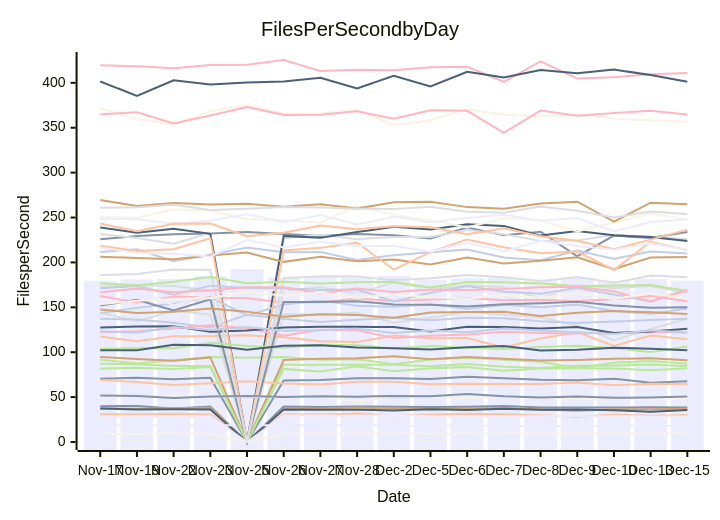
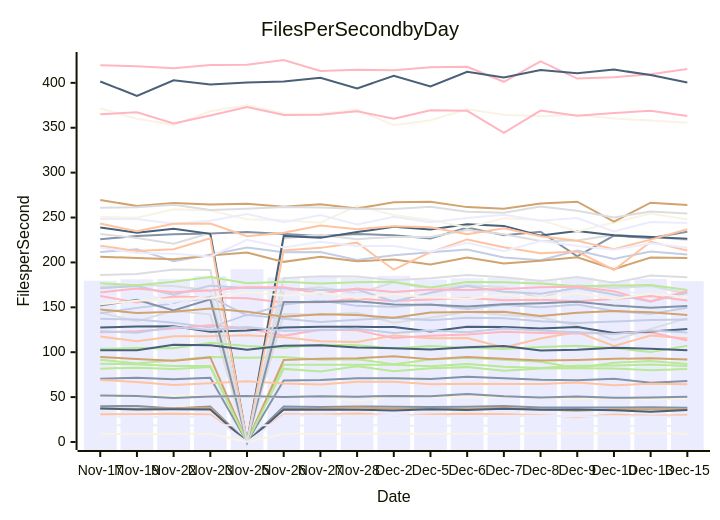
One commit to streetsidesoftware/cspell changed the diagram in perf-report.md. Above: the diagram before and after it, drawn with Mermaid. The commit also changed other lines of this file and 1 other file, not shown here.

````diff
--- a/perf-report.md
+++ b/perf-report.md
@@ -10,57 +10,57 @@
 ```mermaid
 xychart-beta
     title Files Per Second by Day
     y-axis Files per Second
     x-axis Date [Nov-17, Nov-19, Nov-22, Nov-23, Nov-25, Nov-26, Nov-27, Nov-28, Dec-2, Dec-5, Dec-6, Dec-7, Dec-8, Dec-9, Dec-10, Dec-13, Dec-15]
-    bar [179.67, 181.22, 181.55, 184.70, 192.57, 183.27, 184.75, 182.79, 184.99, 180.86, 182.42, 182.83, 180.95, 182.95, 179.19, 181.65, 179.74]
-    line [39.95, 40.00, 37.29, 39.41, 0.00, 39.61, 38.93, 39.59, 39.21, 38.95, 39.16, 39.98, 38.54, 38.36, 38.36, 38.81, 38.52]
-    line [30.89, 30.94, 31.34, 30.76, 0.00, 30.81, 30.58, 31.64, 29.90, 30.63, 31.36, 30.89, 30.17, 27.90, 30.55, 29.22, 30.04]
-    line [144.07, 134.61, 146.19, 141.96, 0.00, 142.52, 141.79, 143.85, 132.83, 138.36, 145.16, 141.72, 138.92, 129.58, 113.42, 125.88, 137.36]
-    line [87.06, 86.68, 84.68, 84.66, 0.00, 86.16, 86.09, 86.12, 86.10, 84.45, 86.85, 83.80, 82.54, 84.79, 85.17, 86.33, 84.46]
-    line [37.45, 37.05, 37.59, 38.10, 0.00, 36.55, 37.13, 38.36, 37.28, 36.55, 36.94, 38.11, 36.16, 34.90, 36.59, 36.61, 36.92]
-    line [137.19, 136.33, 132.82, 127.42, 141.81, 137.38, 133.61, 136.04, 138.47, 135.71, 138.36, 137.92, 134.36, 132.66, 134.27, 135.78, 137.32]
-    line [162.50, 155.26, 161.99, 161.00, 160.02, 155.33, 155.60, 159.85, 157.03, 158.70, 160.32, 157.97, 158.53, 156.72, 159.18, 162.67, 156.85]
-    line [37.20, 36.20, 36.44, 36.12, 0.00, 36.09, 35.82, 35.94, 35.10, 36.40, 35.75, 36.91, 35.78, 36.33, 35.41, 33.56, 35.71]
-    line [9.18, 8.84, 9.32, 9.24, 0.00, 9.27, 9.05, 9.13, 9.38, 8.86, 9.19, 9.24, 9.33, 9.47, 9.61, 9.47, 9.24]
-    line [18.32, 18.95, 18.34, 18.44, 18.84, 18.37, 18.41, 18.93, 18.48, 17.91, 18.52, 17.91, 17.46, 17.89, 18.13, 17.78, 18.21]
-    line [225.87, 229.42, 231.39, 232.22, 233.95, 231.55, 229.52, 231.73, 230.37, 226.75, 238.77, 230.39, 234.25, 206.87, 229.87, 227.19, 233.94]
-    line [117.45, 112.12, 117.70, 117.75, 118.80, 116.72, 112.25, 111.37, 118.51, 115.50, 115.87, 105.20, 115.20, 122.48, 107.06, 118.54, 114.48]
-    line [231.73, 227.11, 220.77, 232.83, 0.00, 226.61, 230.78, 225.94, 228.40, 228.42, 235.98, 231.28, 223.81, 224.38, 230.73, 228.56, 225.88]
-    line [91.73, 87.45, 91.05, 94.79, 93.97, 94.67, 91.62, 92.04, 86.62, 91.97, 93.82, 91.60, 89.44, 82.46, 88.30, 90.18, 87.12]
-    line [94.62, 92.44, 90.51, 94.24, 0.00, 91.28, 92.74, 93.28, 95.50, 92.21, 94.67, 92.84, 90.85, 91.43, 92.60, 93.37, 91.16]
-    line [211.56, 214.70, 201.32, 208.63, 216.56, 211.21, 211.52, 202.80, 207.87, 211.25, 214.29, 205.55, 202.50, 213.14, 203.97, 212.22, 209.94]
-    line [419.72, 418.60, 416.16, 419.91, 420.14, 425.45, 413.25, 414.49, 414.13, 417.32, 417.87, 401.19, 424.05, 404.78, 406.35, 409.54, 411.10]
-    line [238.91, 233.06, 237.44, 231.81, 0.00, 229.54, 227.35, 233.78, 239.72, 236.67, 242.41, 240.69, 229.87, 234.86, 230.17, 228.31, 223.78]
-    line [250.79, 249.89, 259.20, 257.89, 248.21, 247.03, 244.22, 263.12, 252.89, 247.30, 238.91, 249.28, 247.23, 234.36, 244.44, 254.37, 247.68]
-    line [248.32, 248.40, 243.10, 246.46, 253.84, 244.86, 252.77, 242.22, 250.75, 244.77, 249.57, 253.00, 246.33, 249.46, 234.43, 245.12, 248.11]
-    line [70.32, 71.50, 69.84, 71.46, 0.00, 68.63, 69.18, 70.98, 71.07, 70.27, 72.65, 71.06, 69.32, 68.69, 70.43, 66.11, 67.66]
-    line [68.98, 66.79, 63.49, 65.54, 67.63, 65.16, 64.17, 67.20, 67.10, 64.34, 65.01, 64.46, 64.51, 66.15, 63.18, 64.91, 64.59]
-    line [172.86, 174.82, 173.87, 168.75, 0.00, 168.42, 172.41, 165.34, 178.00, 170.24, 174.62, 172.41, 159.51, 174.62, 171.51, 173.65, 166.30]
-    line [81.67, 82.81, 81.19, 83.62, 0.00, 81.43, 78.64, 84.26, 78.88, 82.13, 83.39, 79.45, 81.95, 82.06, 81.96, 79.96, 82.16]
-    line [206.40, 204.90, 203.63, 207.69, 210.97, 200.63, 206.29, 201.28, 203.16, 197.69, 205.56, 198.75, 201.98, 205.78, 192.58, 205.45, 206.13]
-    line [143.43, 149.38, 154.11, 161.15, 140.96, 153.09, 157.58, 151.62, 150.61, 153.46, 148.08, 152.95, 150.14, 153.13, 145.78, 142.78, 148.68]
-    line [122.33, 123.30, 126.42, 130.12, 126.69, 118.47, 125.05, 124.39, 115.88, 118.39, 119.81, 122.77, 121.45, 120.76, 121.79, 122.20, 121.85]
-    line [127.39, 128.53, 129.02, 122.85, 124.15, 127.61, 128.38, 128.27, 127.96, 123.07, 128.36, 127.97, 126.37, 128.11, 121.50, 122.96, 126.01]
-    line [371.79, 359.89, 353.22, 368.32, 374.93, 365.77, 365.67, 369.95, 352.91, 358.41, 370.56, 364.48, 362.78, 364.44, 360.18, 358.05, 356.81]
-    line [168.51, 170.43, 152.49, 164.76, 169.85, 169.02, 158.91, 164.95, 167.24, 171.12, 163.98, 170.66, 165.03, 168.12, 167.40, 165.15, 163.36]
-    line [152.05, 158.28, 146.52, 158.85, 0.00, 155.81, 155.95, 156.73, 153.23, 152.74, 150.88, 153.33, 154.58, 156.25, 152.15, 149.54, 149.95]
-    line [218.60, 212.59, 214.66, 226.79, 0.00, 213.37, 216.21, 222.03, 191.91, 211.40, 225.62, 216.82, 210.15, 212.06, 191.55, 223.01, 213.60]
-    line [186.00, 187.01, 192.19, 191.67, 0.00, 182.52, 184.50, 184.37, 180.13, 182.27, 185.97, 183.39, 179.18, 183.86, 177.29, 185.44, 183.40]
-    line [103.87, 104.59, 104.39, 110.58, 106.99, 105.01, 108.35, 107.81, 104.02, 106.94, 104.99, 103.46, 105.91, 107.21, 104.66, 100.11, 106.43]
-    line [269.63, 262.78, 266.27, 264.63, 265.39, 262.12, 264.70, 259.96, 267.12, 267.54, 261.60, 259.75, 265.50, 267.60, 245.47, 266.55, 264.76]
-    line [171.35, 173.67, 163.99, 174.13, 171.44, 171.10, 169.17, 169.92, 156.42, 166.33, 173.70, 167.47, 165.08, 171.54, 164.38, 156.51, 168.77]
-    line [365.05, 367.22, 354.80, 363.64, 373.17, 364.09, 364.55, 368.33, 360.08, 369.35, 368.90, 344.39, 369.08, 363.46, 366.29, 369.00, 364.73]
-    line [102.15, 102.24, 108.41, 107.84, 102.72, 107.24, 107.62, 105.35, 104.37, 103.06, 105.64, 106.80, 101.95, 102.69, 105.10, 103.83, 102.29]
-    line [50.42, 50.32, 51.47, 51.26, 50.21, 50.12, 50.94, 45.60, 50.75, 50.03, 49.80, 49.98, 49.59, 47.97, 48.84, 47.30, 48.50]
-    line [27.61, 29.00, 27.12, 28.69, 0.00, 29.62, 29.42, 28.97, 30.07, 28.83, 29.04, 29.09, 29.10, 28.75, 28.65, 28.35, 28.30]
-    line [51.87, 51.27, 48.95, 50.74, 51.36, 50.08, 50.94, 50.51, 51.36, 50.85, 53.51, 50.97, 49.51, 50.73, 49.15, 49.54, 50.77]
-    line [243.36, 234.75, 243.01, 243.28, 229.25, 233.06, 241.24, 236.91, 240.36, 239.27, 231.52, 238.08, 229.24, 224.19, 214.79, 225.36, 236.55]
-    line [260.78, 261.46, 264.14, 258.29, 259.88, 261.65, 261.27, 259.85, 259.59, 261.91, 256.38, 255.24, 262.31, 257.60, 250.13, 256.58, 253.86]
-    line [176.80, 174.52, 178.44, 183.84, 176.75, 178.41, 176.49, 178.04, 178.10, 172.07, 178.26, 177.85, 176.41, 173.41, 174.24, 174.74, 168.07]
-    line [147.67, 143.64, 145.07, 148.78, 145.20, 139.52, 142.17, 141.34, 138.40, 144.20, 144.71, 145.14, 140.38, 143.82, 145.78, 144.45, 142.69]
-    line [123.48, 121.57, 127.94, 124.68, 128.18, 123.81, 124.58, 126.05, 121.44, 124.27, 122.27, 126.51, 124.16, 122.14, 120.17, 124.20, 121.84]
-    line [166.50, 171.04, 166.81, 168.79, 172.43, 172.30, 165.40, 170.85, 167.09, 169.78, 169.21, 170.29, 172.44, 172.82, 167.78, 156.48, 169.58]
-    line [401.52, 385.51, 402.83, 398.10, 400.47, 401.59, 405.72, 393.85, 407.78, 396.11, 412.42, 405.98, 414.20, 410.80, 414.80, 408.65, 401.14]
-    line [153.46, 157.33, 159.29, 160.15, 167.27, 163.00, 166.53, 160.28, 164.60, 161.29, 159.50, 164.08, 160.40, 166.00, 159.37, 165.42, 160.10]
-    line [216.65, 210.39, 209.57, 206.62, 225.23, 216.74, 223.01, 218.30, 218.24, 211.89, 221.99, 212.41, 223.76, 218.34, 214.11, 221.23, 214.13]
+    bar [179.67, 181.22, 181.55, 184.70, 192.57, 183.27, 184.75, 182.79, 184.99, 180.86, 182.42, 182.83, 180.95, 182.95, 179.19, 181.65, 179.36]
+    line [39.95, 40.00, 37.29, 39.41, 0.00, 39.61, 38.93, 39.59, 39.21, 38.95, 39.16, 39.98, 38.54, 38.36, 38.36, 38.81, 38.12]
+    line [30.89, 30.94, 31.34, 30.76, 0.00, 30.81, 30.58, 31.64, 29.90, 30.63, 31.36, 30.89, 30.17, 27.90, 30.55, 29.22, 30.21]
+    line [144.07, 134.61, 146.19, 141.96, 0.00, 142.52, 141.79, 143.85, 132.83, 138.36, 145.16, 141.72, 138.92, 129.58, 113.42, 125.88, 138.00]
+    line [87.06, 86.68, 84.68, 84.66, 0.00, 86.16, 86.09, 86.12, 86.10, 84.45, 86.85, 83.80, 82.54, 84.79, 85.17, 86.33, 84.51]
+    line [37.45, 37.05, 37.59, 38.10, 0.00, 36.55, 37.13, 38.36, 37.28, 36.55, 36.94, 38.11, 36.16, 34.90, 36.59, 36.61, 36.51]
+    line [137.19, 136.33, 132.82, 127.42, 141.81, 137.38, 133.61, 136.04, 138.47, 135.71, 138.36, 137.92, 134.36, 132.66, 134.27, 135.78, 136.38]
+    line [162.50, 155.26, 161.99, 161.00, 160.02, 155.33, 155.60, 159.85, 157.03, 158.70, 160.32, 157.97, 158.53, 156.72, 159.18, 162.67, 157.64]
+    line [37.20, 36.20, 36.44, 36.12, 0.00, 36.09, 35.82, 35.94, 35.10, 36.40, 35.75, 36.91, 35.78, 36.33, 35.41, 33.56, 35.56]
+    line [9.18, 8.84, 9.32, 9.24, 0.00, 9.27, 9.05, 9.13, 9.38, 8.86, 9.19, 9.24, 9.33, 9.47, 9.61, 9.47, 9.27]
+    line [18.32, 18.95, 18.34, 18.44, 18.84, 18.37, 18.41, 18.93, 18.48, 17.91, 18.52, 17.91, 17.46, 17.89, 18.13, 17.78, 18.13]
+    line [225.87, 229.42, 231.39, 232.22, 233.95, 231.55, 229.52, 231.73, 230.37, 226.75, 238.77, 230.39, 234.25, 206.87, 229.87, 227.19, 234.07]
+    line [117.45, 112.12, 117.70, 117.75, 118.80, 116.72, 112.25, 111.37, 118.51, 115.50, 115.87, 105.20, 115.20, 122.48, 107.06, 118.54, 115.18]
+    line [231.73, 227.11, 220.77, 232.83, 0.00, 226.61, 230.78, 225.94, 228.40, 228.42, 235.98, 231.28, 223.81, 224.38, 230.73, 228.56, 225.00]
+    line [91.73, 87.45, 91.05, 94.79, 93.97, 94.67, 91.62, 92.04, 86.62, 91.97, 93.82, 91.60, 89.44, 82.46, 88.30, 90.18, 86.83]
+    line [94.62, 92.44, 90.51, 94.24, 0.00, 91.28, 92.74, 93.28, 95.50, 92.21, 94.67, 92.84, 90.85, 91.43, 92.60, 93.37, 91.85]
+    line [211.56, 214.70, 201.32, 208.63, 216.56, 211.21, 211.52, 202.80, 207.87, 211.25, 214.29, 205.55, 202.50, 213.14, 203.97, 212.22, 208.88]
+    line [419.72, 418.60, 416.16, 419.91, 420.14, 425.45, 413.25, 414.49, 414.13, 417.32, 417.87, 401.19, 424.05, 404.78, 406.35, 409.54, 415.50]
+    line [238.91, 233.06, 237.44, 231.81, 0.00, 229.54, 227.35, 233.78, 239.72, 236.67, 242.41, 240.69, 229.87, 234.86, 230.17, 228.31, 226.27]
+    line [250.79, 249.89, 259.20, 257.89, 248.21, 247.03, 244.22, 263.12, 252.89, 247.30, 238.91, 249.28, 247.23, 234.36, 244.44, 254.37, 247.88]
+    line [248.32, 248.40, 243.10, 246.46, 253.84, 244.86, 252.77, 242.22, 250.75, 244.77, 249.57, 253.00, 246.33, 249.46, 234.43, 245.12, 243.88]
+    line [70.32, 71.50, 69.84, 71.46, 0.00, 68.63, 69.18, 70.98, 71.07, 70.27, 72.65, 71.06, 69.32, 68.69, 70.43, 66.11, 67.91]
+    line [68.98, 66.79, 63.49, 65.54, 67.63, 65.16, 64.17, 67.20, 67.10, 64.34, 65.01, 64.46, 64.51, 66.15, 63.18, 64.91, 64.35]
+    line [172.86, 174.82, 173.87, 168.75, 0.00, 168.42, 172.41, 165.34, 178.00, 170.24, 174.62, 172.41, 159.51, 174.62, 171.51, 173.65, 165.49]
+    line [81.67, 82.81, 81.19, 83.62, 0.00, 81.43, 78.64, 84.26, 78.88, 82.13, 83.39, 79.45, 81.95, 82.06, 81.96, 79.96, 81.37]
+    line [206.40, 204.90, 203.63, 207.69, 210.97, 200.63, 206.29, 201.28, 203.16, 197.69, 205.56, 198.75, 201.98, 205.78, 192.58, 205.45, 204.82]
+    line [143.43, 149.38, 154.11, 161.15, 140.96, 153.09, 157.58, 151.62, 150.61, 153.46, 148.08, 152.95, 150.14, 153.13, 145.78, 142.78, 149.53]
+    line [122.33, 123.30, 126.42, 130.12, 126.69, 118.47, 125.05, 124.39, 115.88, 118.39, 119.81, 122.77, 121.45, 120.76, 121.79, 122.20, 112.97]
+    line [127.39, 128.53, 129.02, 122.85, 124.15, 127.61, 128.38, 128.27, 127.96, 123.07, 128.36, 127.97, 126.37, 128.11, 121.50, 122.96, 125.85]
+    line [371.79, 359.89, 353.22, 368.32, 374.93, 365.77, 365.67, 369.95, 352.91, 358.41, 370.56, 364.48, 362.78, 364.44, 360.18, 358.05, 355.49]
+    line [168.51, 170.43, 152.49, 164.76, 169.85, 169.02, 158.91, 164.95, 167.24, 171.12, 163.98, 170.66, 165.03, 168.12, 167.40, 165.15, 163.12]
+    line [152.05, 158.28, 146.52, 158.85, 0.00, 155.81, 155.95, 156.73, 153.23, 152.74, 150.88, 153.33, 154.58, 156.25, 152.15, 149.54, 151.43]
+    line [218.60, 212.59, 214.66, 226.79, 0.00, 213.37, 216.21, 222.03, 191.91, 211.40, 225.62, 216.82, 210.15, 212.06, 191.55, 223.01, 213.39]
+    line [186.00, 187.01, 192.19, 191.67, 0.00, 182.52, 184.50, 184.37, 180.13, 182.27, 185.97, 183.39, 179.18, 183.86, 177.29, 185.44, 183.45]
+    line [103.87, 104.59, 104.39, 110.58, 106.99, 105.01, 108.35, 107.81, 104.02, 106.94, 104.99, 103.46, 105.91, 107.21, 104.66, 100.11, 107.13]
+    line [269.63, 262.78, 266.27, 264.63, 265.39, 262.12, 264.70, 259.96, 267.12, 267.54, 261.60, 259.75, 265.50, 267.60, 245.47, 266.55, 263.96]
+    line [171.35, 173.67, 163.99, 174.13, 171.44, 171.10, 169.17, 169.92, 156.42, 166.33, 173.70, 167.47, 165.08, 171.54, 164.38, 156.51, 166.27]
+    line [365.05, 367.22, 354.80, 363.64, 373.17, 364.09, 364.55, 368.33, 360.08, 369.35, 368.90, 344.39, 369.08, 363.46, 366.29, 369.00, 363.03]
+    line [102.15, 102.24, 108.41, 107.84, 102.72, 107.24, 107.62, 105.35, 104.37, 103.06, 105.64, 106.80, 101.95, 102.69, 105.10, 103.83, 102.19]
+    line [50.42, 50.32, 51.47, 51.26, 50.21, 50.12, 50.94, 45.60, 50.75, 50.03, 49.80, 49.98, 49.59, 47.97, 48.84, 47.30, 48.59]
+    line [27.61, 29.00, 27.12, 28.69, 0.00, 29.62, 29.42, 28.97, 30.07, 28.83, 29.04, 29.09, 29.10, 28.75, 28.65, 28.35, 28.26]
+    line [51.87, 51.27, 48.95, 50.74, 51.36, 50.08, 50.94, 50.51, 51.36, 50.85, 53.51, 50.97, 49.51, 50.73, 49.15, 49.54, 50.29]
+    line [243.36, 234.75, 243.01, 243.28, 229.25, 233.06, 241.24, 236.91, 240.36, 239.27, 231.52, 238.08, 229.24, 224.19, 214.79, 225.36, 236.86]
+    line [260.78, 261.46, 264.14, 258.29, 259.88, 261.65, 261.27, 259.85, 259.59, 261.91, 256.38, 255.24, 262.31, 257.60, 250.13, 256.58, 254.55]
+    line [176.80, 174.52, 178.44, 183.84, 176.75, 178.41, 176.49, 178.04, 178.10, 172.07, 178.26, 177.85, 176.41, 173.41, 174.24, 174.74, 169.36]
+    line [147.67, 143.64, 145.07, 148.78, 145.20, 139.52, 142.17, 141.34, 138.40, 144.20, 144.71, 145.14, 140.38, 143.82, 145.78, 144.45, 141.51]
+    line [123.48, 121.57, 127.94, 124.68, 128.18, 123.81, 124.58, 126.05, 121.44, 124.27, 122.27, 126.51, 124.16, 122.14, 120.17, 124.20, 121.82]
+    line [166.50, 171.04, 166.81, 168.79, 172.43, 172.30, 165.40, 170.85, 167.09, 169.78, 169.21, 170.29, 172.44, 172.82, 167.78, 156.48, 168.20]
+    line [401.52, 385.51, 402.83, 398.10, 400.47, 401.59, 405.72, 393.85, 407.78, 396.11, 412.42, 405.98, 414.20, 410.80, 414.80, 408.65, 400.36]
+    line [153.46, 157.33, 159.29, 160.15, 167.27, 163.00, 166.53, 160.28, 164.60, 161.29, 159.50, 164.08, 160.40, 166.00, 159.37, 165.42, 161.29]
+    line [216.65, 210.39, 209.57, 206.62, 225.23, 216.74, 223.01, 218.30, 218.24, 211.89, 221.99, 212.41, 223.76, 218.34, 214.11, 221.23, 216.34]
 ```
````
